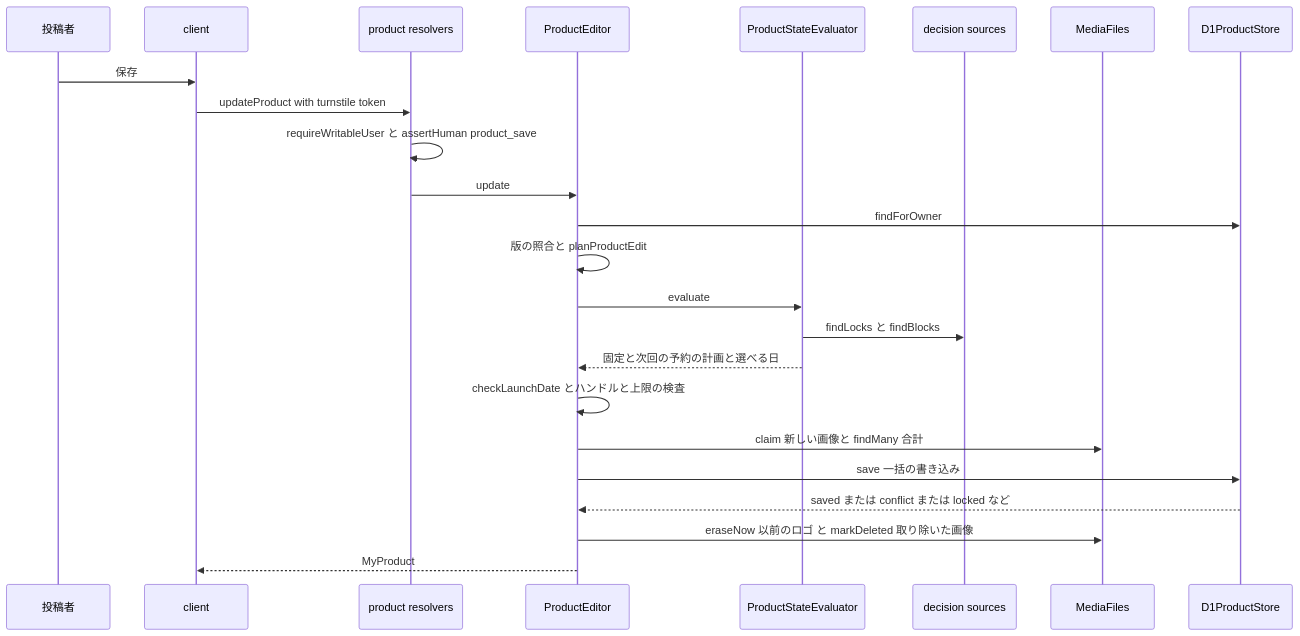
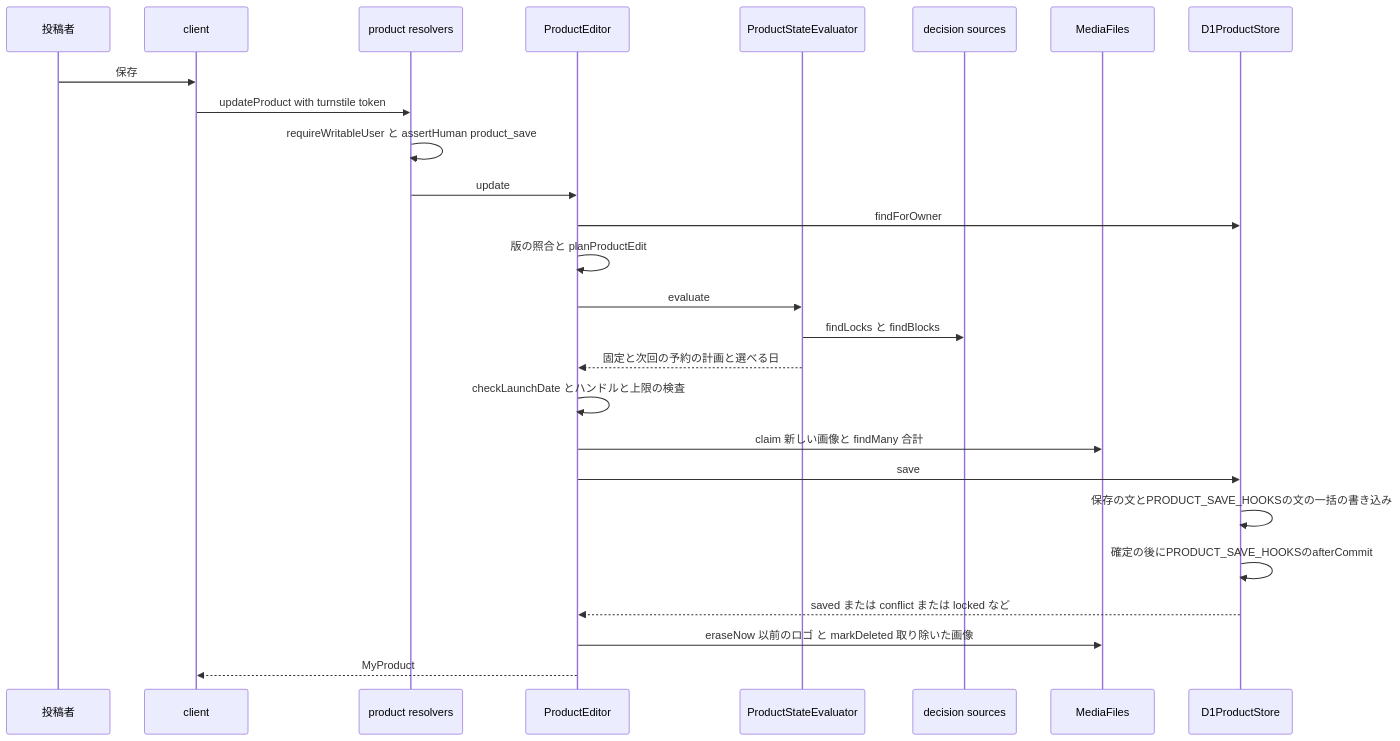
The third of 6 diagrams in .kiro/specs/product-launch/design.md (kurachiweb/genai-example-2-launch-platform), drawn with Mermaid before and after one commit. The commit also changed other lines of this file and 3 other files, not shown here.

````diff
--- a/.kiro/specs/product-launch/design.md
+++ b/.kiro/specs/product-launch/design.md
@@ -385,26 +384,28 @@
 ```mermaid
 sequenceDiagram
     participant U as 投稿者
     participant C as client
     participant R as product resolvers
     participant E as ProductEditor
     participant V as ProductStateEvaluator
     participant S as decision sources
     participant M as MediaFiles
     participant D as D1ProductStore
     U->>C: 保存
     C->>R: updateProduct with turnstile token
     R->>R: requireWritableUser と assertHuman product_save
     R->>E: update
     E->>D: findForOwner
     E->>E: 版の照合と planProductEdit
     E->>V: evaluate
     V->>S: findLocks と findBlocks
     V-->>E: 固定と次回の予約の計画と選べる日
     E->>E: checkLaunchDate とハンドルと上限の検査
     E->>M: claim 新しい画像と findMany 合計
-    E->>D: save 一括の書き込み
+    E->>D: save
+    D->>D: 保存の文とPRODUCT_SAVE_HOOKSの文の一括の書き込み
+    D->>D: 確定の後にPRODUCT_SAVE_HOOKSのafterCommit
     D-->>E: saved または conflict または locked など
     E->>M: eraseNow 以前のロゴ と markDeleted 取り除いた画像
     E-->>C: MyProduct
 ```
````
